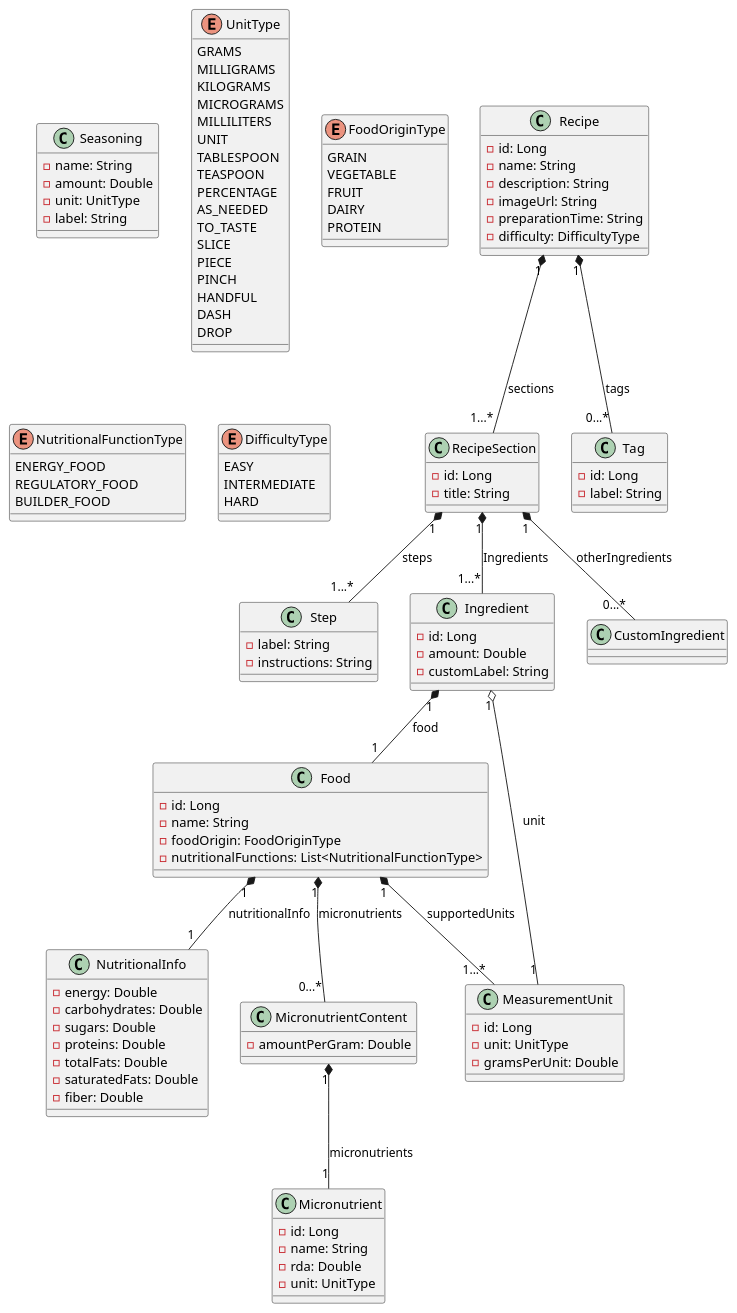
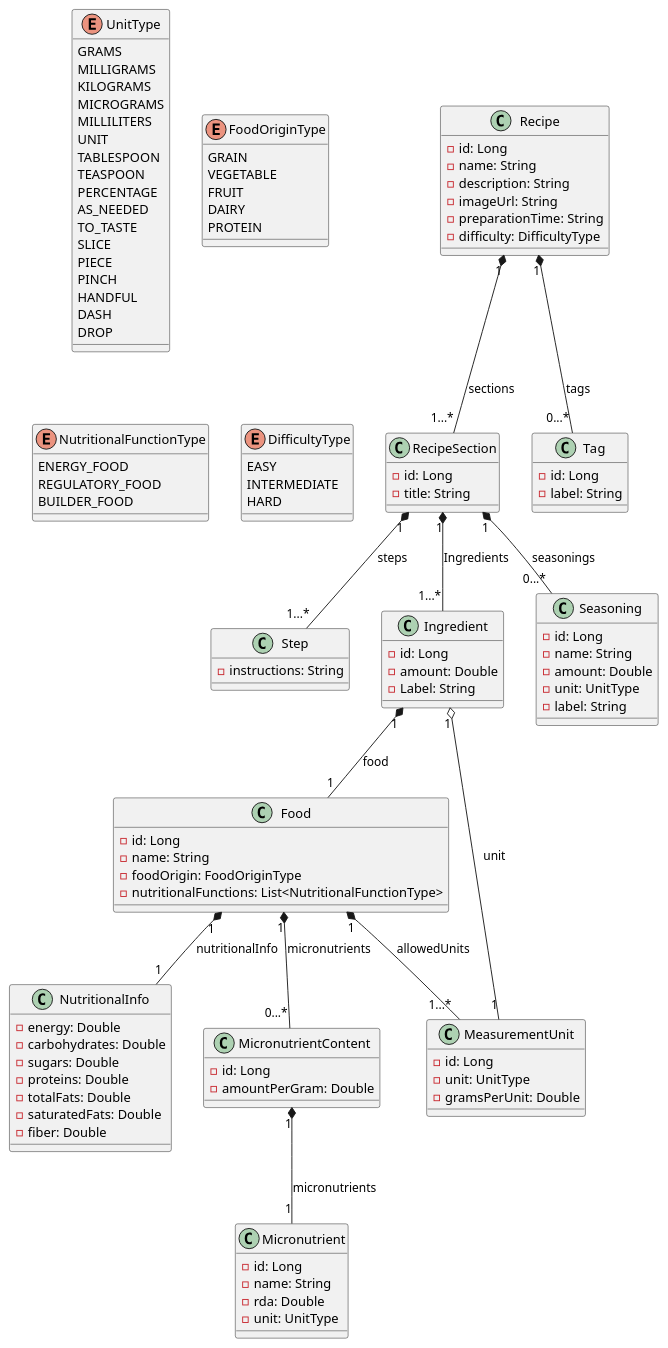
Before and after one commit to RodriLang/calorie-calculator: the diagram in src/main/resources/conceptualDiagram.puml, drawn with PlantUML. The commit also changed 1 other file, not shown here.

Commit message:
uploading the classes in the diagram

```diff
--- a/src/main/resources/conceptualDiagram.puml
+++ b/src/main/resources/conceptualDiagram.puml
@@ -1,126 +1,127 @@
 @startuml
 
 class Recipe {
     - id: Long
     - name: String
     - description: String
     - imageUrl: String
     - preparationTime: String
     - difficulty: DifficultyType
 }
 Recipe "1" *-- "1...*" RecipeSection : sections
 Recipe "1" *-- "0...*" Tag : tags
 
 class Tag {
     - id: Long
     - label: String
 }
 
 class RecipeSection {
     - id: Long
     - title: String
 }
 RecipeSection "1" *-- "1...*" Step : steps
 RecipeSection "1" *-- "1...*" Ingredient : Ingredients
-RecipeSection "1" *-- "0...*" CustomIngredient : otherIngredients
+RecipeSection "1" *-- "0...*" Seasoning : seasonings
 
 class Step {
-    - label: String
     - instructions: String
 }
 
 class Ingredient {
     - id: Long
     - amount: Double
-    - customLabel: String
+    - Label: String
 }
 Ingredient "1" *-- "1" Food : food
 Ingredient "1" o-- "1" MeasurementUnit : unit
 
 class Seasoning {
+    - id: Long
     - name: String
     - amount: Double
     - unit: UnitType
     - label: String
 }
 
 class Food {
     - id: Long
     - name: String
     - foodOrigin: FoodOriginType
     - nutritionalFunctions: List<NutritionalFunctionType>
 }
 Food "1" *-- "1" NutritionalInfo : nutritionalInfo
-Food "1" *-- "1...*" MeasurementUnit : supportedUnits
+Food "1" *-- "1...*" MeasurementUnit : allowedUnits
 Food "1" *-- "0...*" MicronutrientContent : micronutrients
 
 class NutritionalInfo {
     - energy: Double
     - carbohydrates: Double
     - sugars: Double
     - proteins: Double
     - totalFats: Double
     - saturatedFats: Double
     - fiber: Double
 }
 
 class MicronutrientContent {
+    - id: Long
     - amountPerGram: Double
 }
 MicronutrientContent "1" *-- "1" Micronutrient : micronutrients
 
 class Micronutrient {
     - id: Long
     - name: String
+    ' recommendedDietaryAllowance
     - rda: Double
-        ' recommendedDietaryAllowance
     - unit: UnitType
 }
 
 class MeasurementUnit {
     - id: Long
     - unit: UnitType
     - gramsPerUnit: Double
 }
 
 enum UnitType {
     GRAMS
     MILLIGRAMS
     KILOGRAMS
     MICROGRAMS
     MILLILITERS
     UNIT
     TABLESPOON
     TEASPOON
     PERCENTAGE
     AS_NEEDED
     TO_TASTE
     SLICE
     PIECE
     PINCH
     HANDFUL
     DASH
     DROP
 }
 
 enum FoodOriginType {
     GRAIN
     VEGETABLE
     FRUIT
     DAIRY
     PROTEIN
 }
 
 enum NutritionalFunctionType {
     ENERGY_FOOD
     REGULATORY_FOOD
     BUILDER_FOOD
 }
 
 enum DifficultyType {
     EASY
     INTERMEDIATE
     HARD
 }
 
 @enduml
```
